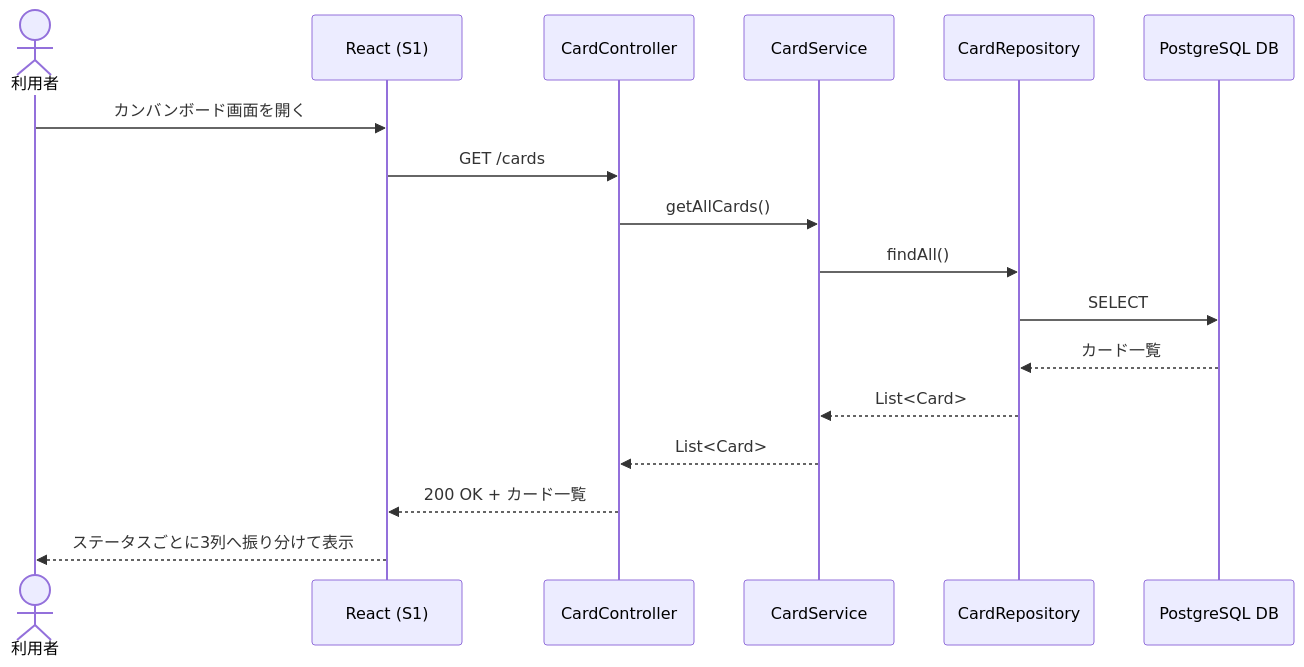
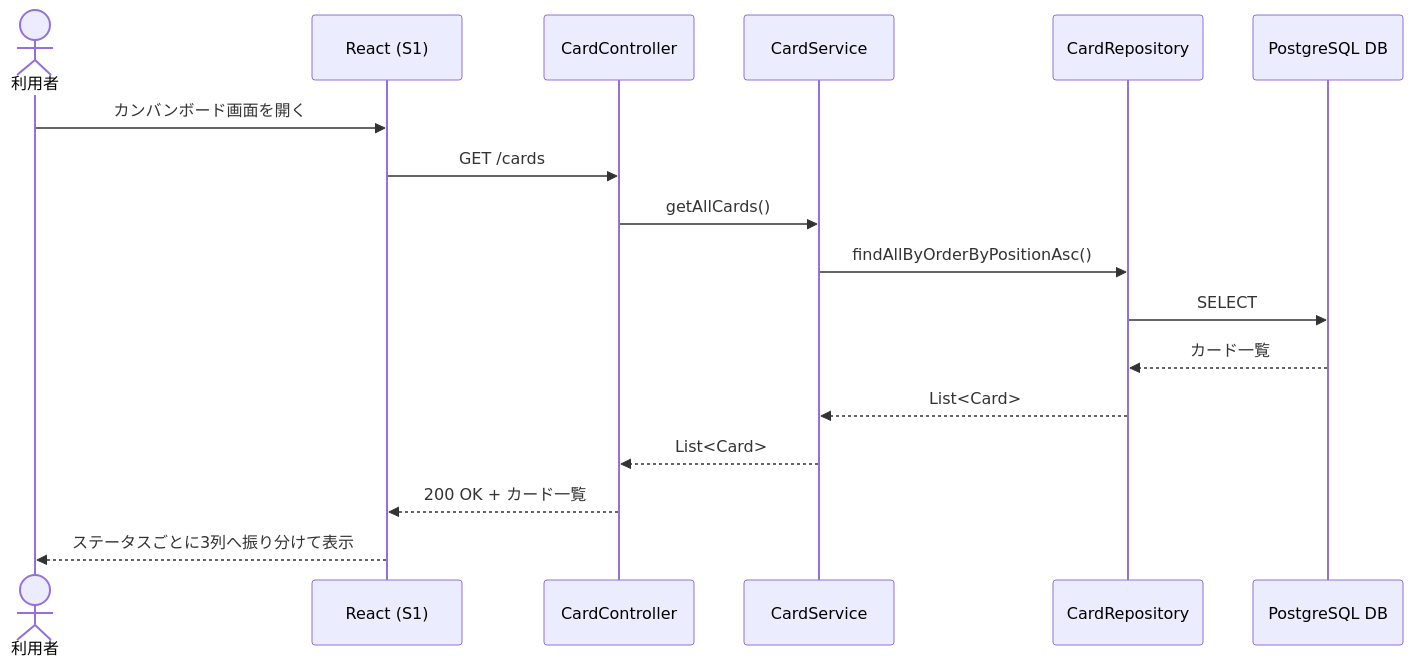
The second of 6 diagrams in docs/api.md (takahiromorikawa/TaskManagement), drawn with Mermaid before and after one commit. The commit also changed other lines of this file and 11 other files, not shown here.

````diff
--- a/docs/api.md
+++ b/docs/api.md
@@ -51,20 +52,20 @@
 ```mermaid
 sequenceDiagram
     actor User as 利用者
     participant FE as React (S1)
     participant API as CardController
     participant SVC as CardService
     participant REPO as CardRepository
     participant DB as PostgreSQL DB
 
     User->>FE: カンバンボード画面を開く
     FE->>API: GET /cards
     API->>SVC: getAllCards()
-    SVC->>REPO: findAll()
+    SVC->>REPO: findAllByOrderByPositionAsc()
     REPO->>DB: SELECT
     DB-->>REPO: カード一覧
     REPO-->>SVC: List<Card>
     SVC-->>API: List<Card>
     API-->>FE: 200 OK + カード一覧
     FE-->>User: ステータスごとに3列へ振り分けて表示
 ```
````
